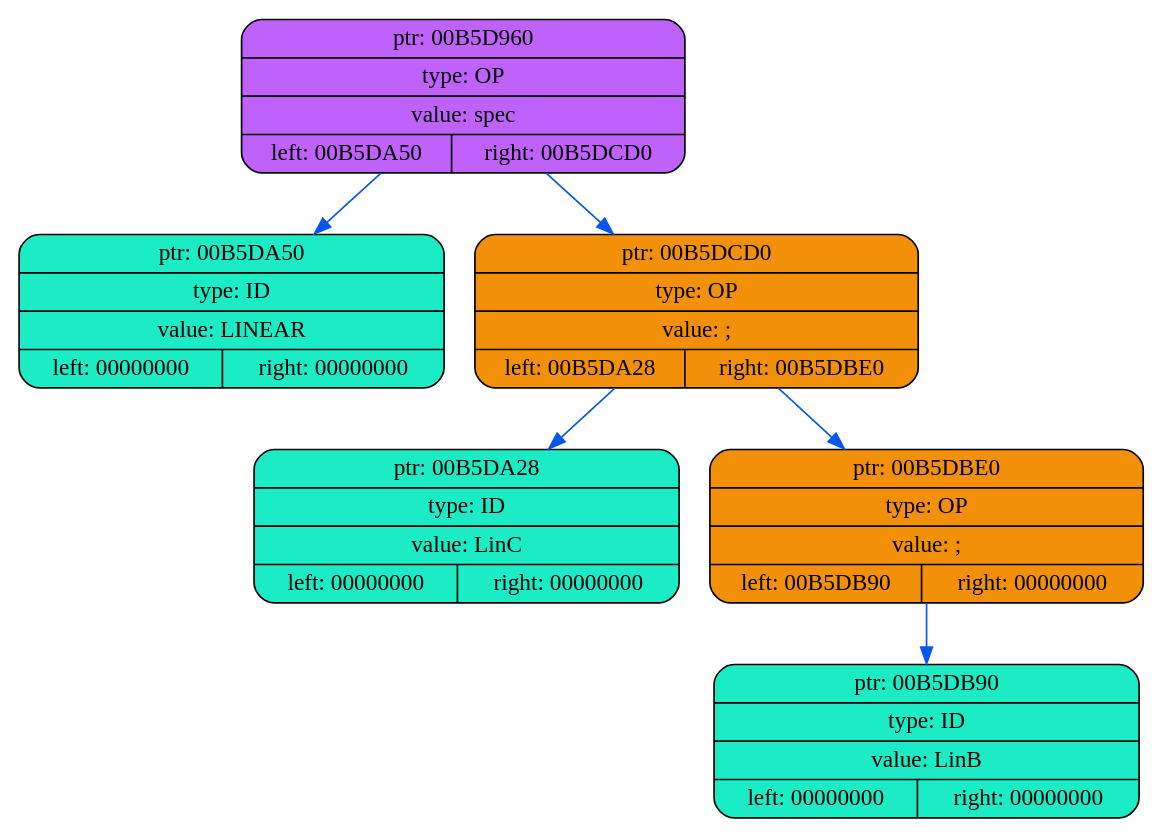
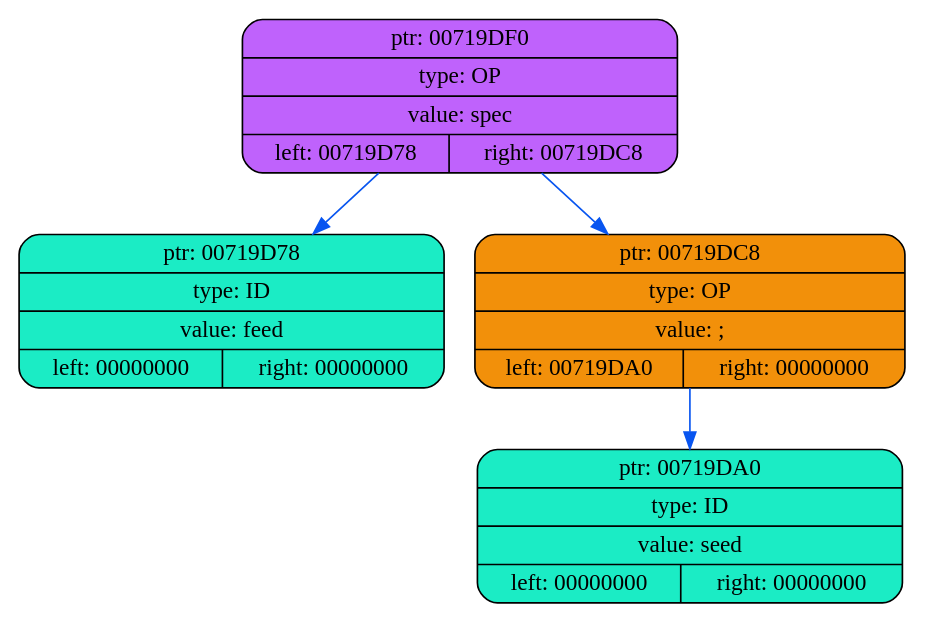
Before and after one commit to coffee8cat/Elden-language: the diagram in frontend/dump/dump1.dot, drawn with Graphviz. The commit also changed 15 other files, not shown here.

```diff
--- a/frontend/dump/dump1.dot
+++ b/frontend/dump/dump1.dot
@@ -1,16 +1,12 @@
 digraph
 {
     rankdir=TP
 
-        node00B5D960[shape=record,style="rounded,filled",fillcolor="#BF62FC",label="{ ptr: 00B5D960 | type: OP | value: spec| { left: 00B5DA50 | right: 00B5DCD0 }}"];
-    node00B5D960 -> node00B5DA50[color="#0855F0"]
-    node00B5DA50[shape=record,style="rounded,filled",fillcolor="#1BECC5",label="{ ptr: 00B5DA50 | type: ID | value: LINEAR| { left: 00000000 | right: 00000000 }}"];
-    node00B5D960 -> node00B5DCD0[color="#0855F0"]
-    node00B5DCD0[shape=record,style="rounded,filled",fillcolor="#F2900A",label="{ ptr: 00B5DCD0 | type: OP | value: ;| { left: 00B5DA28 | right: 00B5DBE0 }}"];
-    node00B5DCD0 -> node00B5DA28[color="#0855F0"]
-    node00B5DA28[shape=record,style="rounded,filled",fillcolor="#1BECC5",label="{ ptr: 00B5DA28 | type: ID | value: LinC| { left: 00000000 | right: 00000000 }}"];
-    node00B5DCD0 -> node00B5DBE0[color="#0855F0"]
-    node00B5DBE0[shape=record,style="rounded,filled",fillcolor="#F2900A",label="{ ptr: 00B5DBE0 | type: OP | value: ;| { left: 00B5DB90 | right: 00000000 }}"];
-    node00B5DBE0 -> node00B5DB90[color="#0855F0"]
-    node00B5DB90[shape=record,style="rounded,filled",fillcolor="#1BECC5",label="{ ptr: 00B5DB90 | type: ID | value: LinB| { left: 00000000 | right: 00000000 }}"];
+        node00719DF0[shape=record,style="rounded,filled",fillcolor="#BF62FC",label="{ ptr: 00719DF0 | type: OP | value: spec| { left: 00719D78 | right: 00719DC8 }}"];
+    node00719DF0 -> node00719D78[color="#0855F0"]
+    node00719D78[shape=record,style="rounded,filled",fillcolor="#1BECC5",label="{ ptr: 00719D78 | type: ID | value: feed| { left: 00000000 | right: 00000000 }}"];
+    node00719DF0 -> node00719DC8[color="#0855F0"]
+    node00719DC8[shape=record,style="rounded,filled",fillcolor="#F2900A",label="{ ptr: 00719DC8 | type: OP | value: ;| { left: 00719DA0 | right: 00000000 }}"];
+    node00719DC8 -> node00719DA0[color="#0855F0"]
+    node00719DA0[shape=record,style="rounded,filled",fillcolor="#1BECC5",label="{ ptr: 00719DA0 | type: ID | value: seed| { left: 00000000 | right: 00000000 }}"];
 }
```
